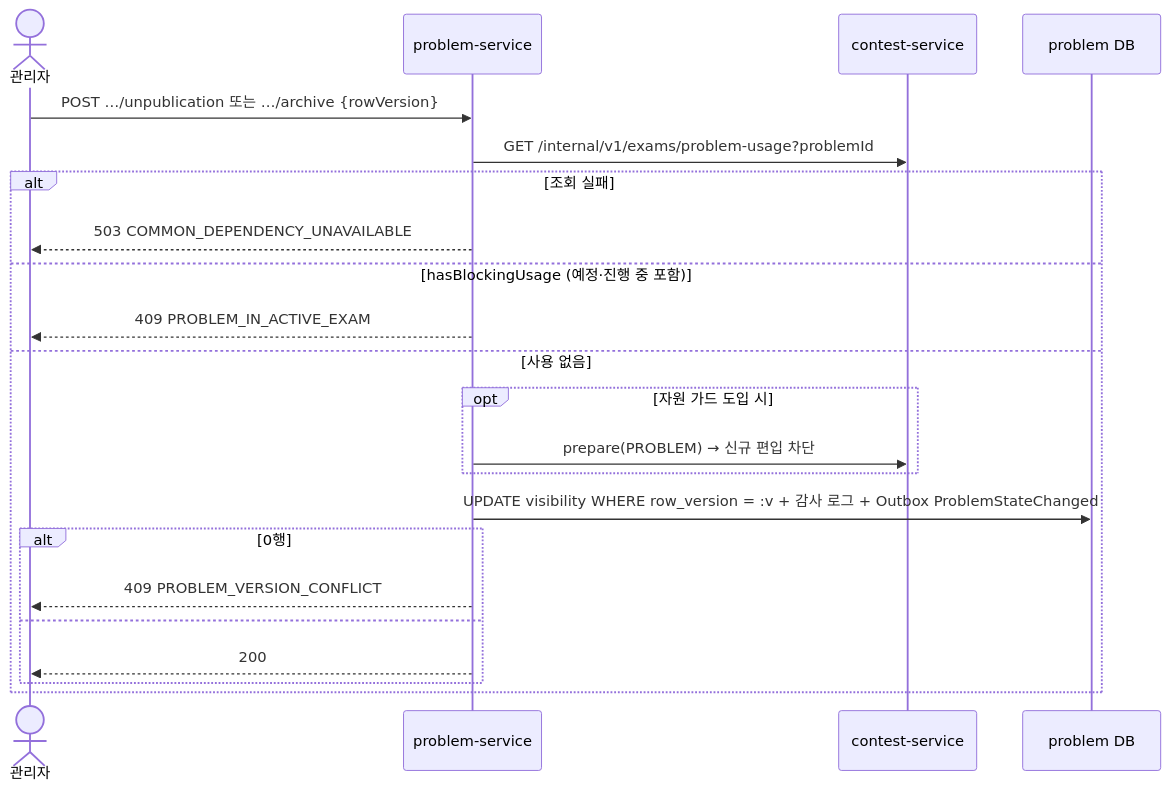
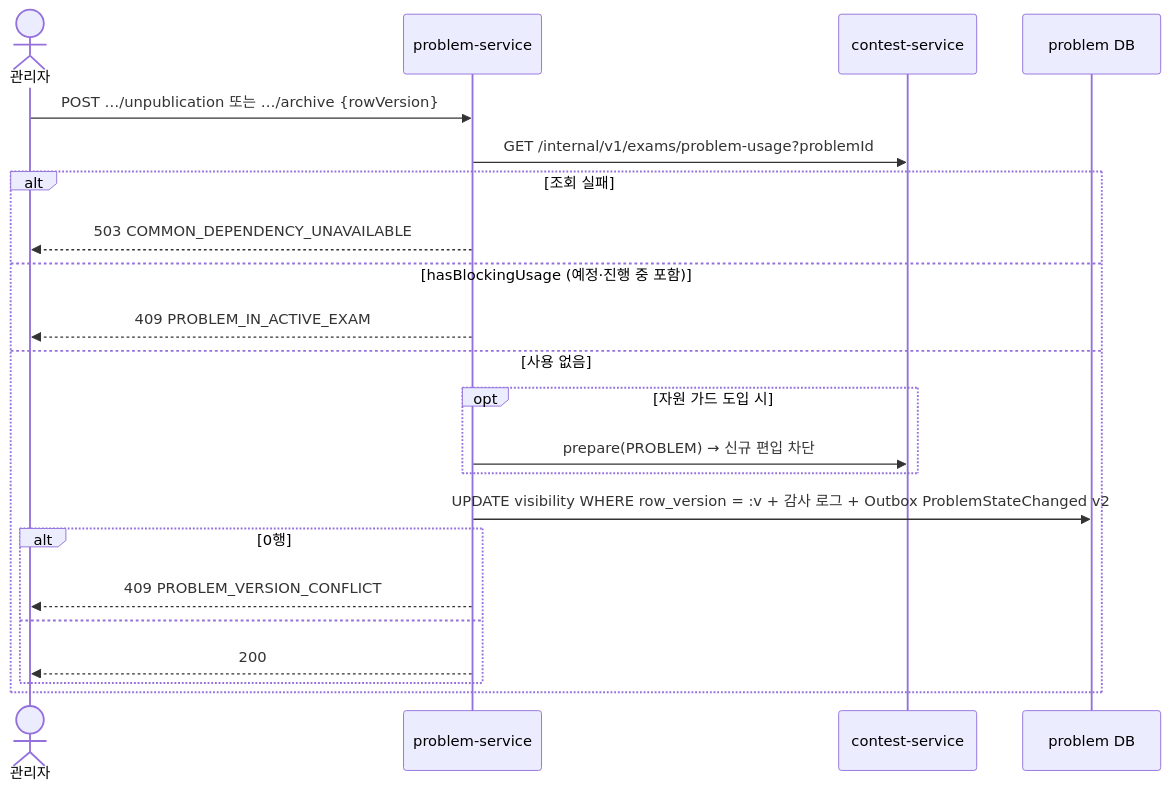
One commit to Back-To-Back-team-3/re-solve changed diagram 17 of 57 in docs/dev/architecture/diagrams.md. Above: the diagram before and after it, drawn with Mermaid. The commit also changed other lines of this file and 6 other files, not shown here.

````diff
--- a/docs/dev/architecture/diagrams.md
+++ b/docs/dev/architecture/diagrams.md
@@ -486,24 +524,24 @@
 ```mermaid
 sequenceDiagram
     actor A as 관리자
     participant P as problem-service
     participant C as contest-service
     participant DB as problem DB
     A->>P: POST …/unpublication 또는 …/archive {rowVersion}
     P->>C: GET /internal/v1/exams/problem-usage?problemId
     alt 조회 실패
         P-->>A: 503 COMMON_DEPENDENCY_UNAVAILABLE
     else hasBlockingUsage (예정·진행 중 포함)
         P-->>A: 409 PROBLEM_IN_ACTIVE_EXAM
     else 사용 없음
         opt 자원 가드 도입 시
             P->>C: prepare(PROBLEM) → 신규 편입 차단
         end
-        P->>DB: UPDATE visibility WHERE row_version = :v + 감사 로그 + Outbox ProblemStateChanged
+        P->>DB: UPDATE visibility WHERE row_version = :v + 감사 로그 + Outbox ProblemStateChanged v2
         alt 0행
             P-->>A: 409 PROBLEM_VERSION_CONFLICT
         else
             P-->>A: 200
         end
     end
 ```
````
